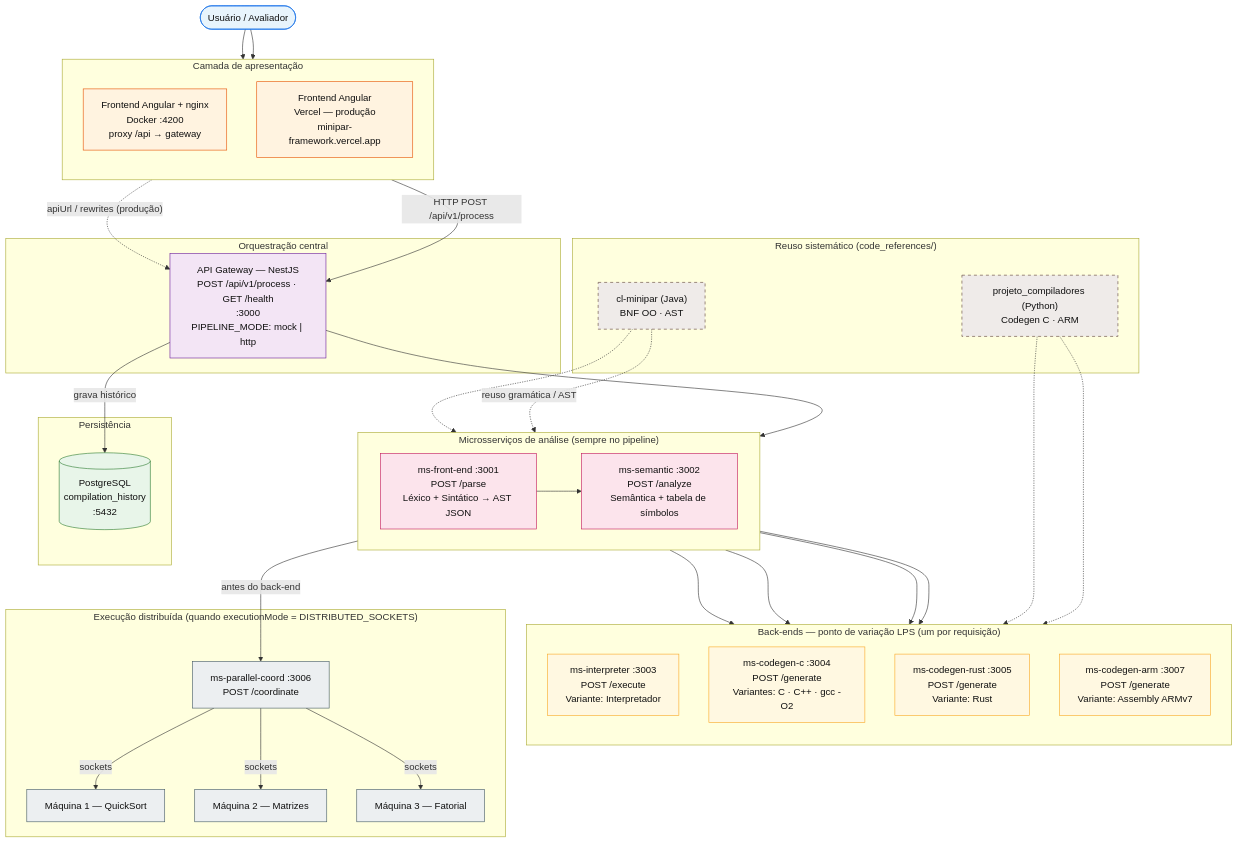
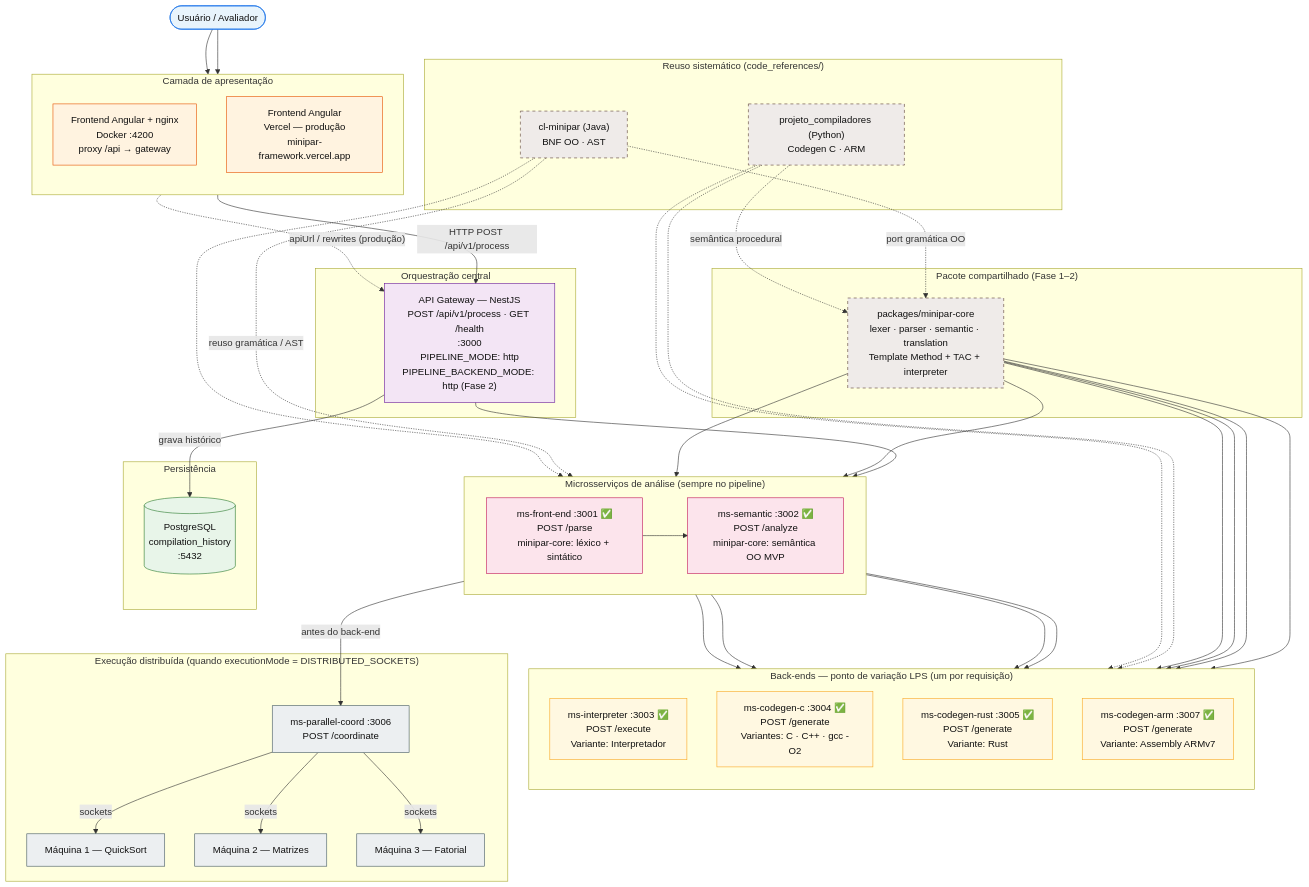
One commit to brunog2/minipar-framework changed the diagram in docs/diagrams/architecture.mmd. Above: the diagram before and after it, drawn with Mermaid. The commit also changed 150 other files, not shown here.

```diff
--- a/docs/diagrams/architecture.mmd
+++ b/docs/diagrams/architecture.mmd
@@ -1,76 +1,88 @@
 %% MiniPar Framework 2026.1 — Arquitetura proposta (microsserviços + LPS)
 %% Renderizar: Mermaid Live Editor, VS Code (ext. Mermaid), ou exportar SVG/PNG para o relatório.
 
 flowchart TB
   classDef client fill:#e8f4fc,stroke:#1a73e8,color:#111
   classDef ui fill:#fff3e0,stroke:#e65100,color:#111
   classDef orch fill:#f3e5f5,stroke:#6a1b9a,color:#111
   classDef data fill:#e8f5e9,stroke:#2e7d32,color:#111
   classDef ms fill:#fce4ec,stroke:#c2185b,color:#111
   classDef lps fill:#fff8e1,stroke:#f9a825,color:#111
   classDef dist fill:#eceff1,stroke:#455a64,color:#111
   classDef reuse fill:#efebe9,stroke:#5d4037,color:#111,stroke-dasharray: 5 5
 
   User(["Usuário / Avaliador"]):::client
 
   subgraph Presentation["Camada de apresentação"]
     direction TB
     FE_DOCKER["Frontend Angular + nginx<br/>Docker :4200<br/>proxy /api → gateway"]:::ui
     FE_VERCEL["Frontend Angular<br/>Vercel — produção<br/>minipar-framework.vercel.app"]:::ui
   end
 
   subgraph Orchestration["Orquestração central"]
-    GW["API Gateway — NestJS<br/>POST /api/v1/process · GET /health<br/>:3000<br/>PIPELINE_MODE: mock | http"]:::orch
+    GW["API Gateway — NestJS<br/>POST /api/v1/process · GET /health<br/>:3000<br/>PIPELINE_MODE: http<br/>PIPELINE_BACKEND_MODE: http (Fase 2)"]:::orch
   end
 
   subgraph Persistence["Persistência"]
     PG[("PostgreSQL<br/>compilation_history<br/>:5432")]:::data
   end
 
   subgraph Analysis["Microsserviços de análise (sempre no pipeline)"]
     direction LR
-    MS_FE["ms-front-end :3001<br/>POST /parse<br/>Léxico + Sintático → AST JSON"]:::ms
-    MS_SEM["ms-semantic :3002<br/>POST /analyze<br/>Semântica + tabela de símbolos"]:::ms
+    MS_FE["ms-front-end :3001 ✅<br/>POST /parse<br/>minipar-core: léxico + sintático"]:::ms
+    MS_SEM["ms-semantic :3002 ✅<br/>POST /analyze<br/>minipar-core: semântica OO MVP"]:::ms
     MS_FE --> MS_SEM
   end
 
   subgraph LPS["Back-ends — ponto de variação LPS (um por requisição)"]
     direction TB
-    MS_INT["ms-interpreter :3003<br/>POST /execute<br/>Variante: Interpretador"]:::lps
-    MS_C["ms-codegen-c :3004<br/>POST /generate<br/>Variantes: C · C++ · gcc -O2"]:::lps
-    MS_RUST["ms-codegen-rust :3005<br/>POST /generate<br/>Variante: Rust"]:::lps
-    MS_ARM["ms-codegen-arm :3007<br/>POST /generate<br/>Variante: Assembly ARMv7"]:::lps
+    MS_INT["ms-interpreter :3003 ✅<br/>POST /execute<br/>Variante: Interpretador"]:::lps
+    MS_C["ms-codegen-c :3004 ✅<br/>POST /generate<br/>Variantes: C · C++ · gcc -O2"]:::lps
+    MS_RUST["ms-codegen-rust :3005 ✅<br/>POST /generate<br/>Variante: Rust"]:::lps
+    MS_ARM["ms-codegen-arm :3007 ✅<br/>POST /generate<br/>Variante: Assembly ARMv7"]:::lps
   end
 
   subgraph Distributed["Execução distribuída (quando executionMode = DISTRIBUTED_SOCKETS)"]
     MS_COORD["ms-parallel-coord :3006<br/>POST /coordinate"]:::dist
     W1["Máquina 1 — QuickSort"]:::dist
     W2["Máquina 2 — Matrizes"]:::dist
     W3["Máquina 3 — Fatorial"]:::dist
     MS_COORD -->|sockets| W1
     MS_COORD -->|sockets| W2
     MS_COORD -->|sockets| W3
+  end
+
+  subgraph CorePkg["Pacote compartilhado (Fase 1–2)"]
+    CORE["packages/minipar-core<br/>lexer · parser · semantic · translation<br/>Template Method + TAC + interpreter"]:::reuse
   end
 
   subgraph Reuse["Reuso sistemático (code_references/)"]
     REF_JAVA["cl-minipar (Java)<br/>BNF OO · AST"]:::reuse
     REF_PY["projeto_compiladores (Python)<br/>Codegen C · ARM"]:::reuse
   end
 
   User --> FE_DOCKER
   User --> FE_VERCEL
   FE_DOCKER -->|"HTTP POST /api/v1/process"| GW
   FE_VERCEL -.->|"apiUrl / rewrites (produção)"| GW
 
   GW -->|"grava histórico"| PG
   GW --> MS_FE
   MS_SEM --> MS_INT
   MS_SEM --> MS_C
   MS_SEM --> MS_RUST
   MS_SEM --> MS_ARM
   MS_SEM -->|"antes do back-end"| MS_COORD
 
+  REF_JAVA -.->|"port gramática OO"| CORE
+  REF_PY -.->|"semântica procedural"| CORE
+  CORE --> MS_FE
+  CORE --> MS_SEM
+  CORE --> MS_INT
+  CORE --> MS_C
+  CORE --> MS_RUST
+  CORE --> MS_ARM
   REF_JAVA -.->|"reuso gramática / AST"| MS_FE
   REF_JAVA -.-> MS_SEM
   REF_PY -.-> MS_C
   REF_PY -.-> MS_ARM
```
